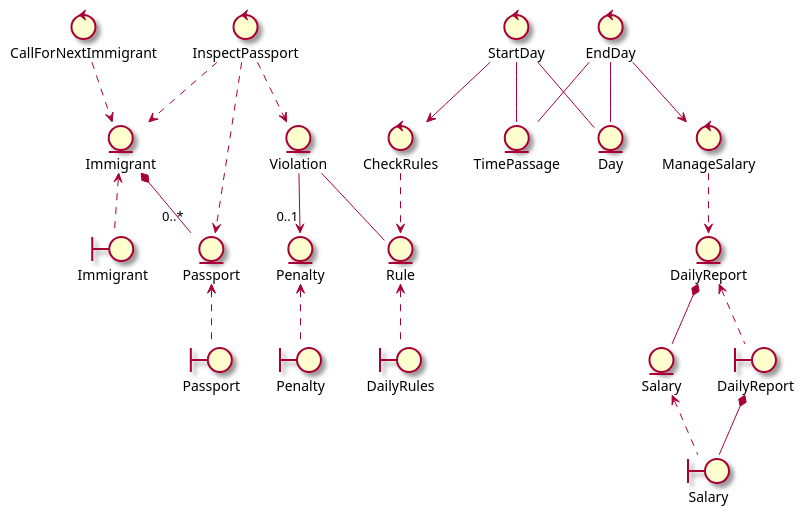
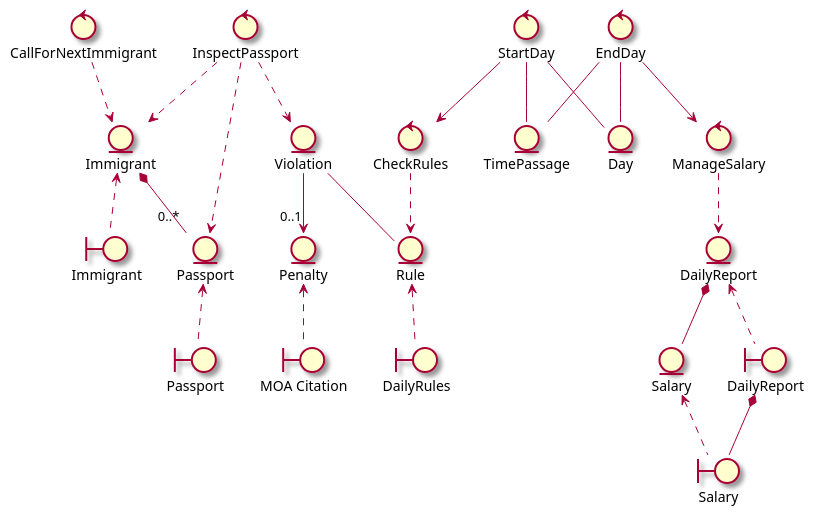
One commit to ivarovin/PapersPlease_LearningProject changed the diagram in Assets/PapersPlease/Documentation~/Analysis.puml. Above: the diagram before and after it, drawn with PlantUML. The commit also changed 9 other files, not shown here.

```diff
--- a/Assets/PapersPlease/Documentation~/Analysis.puml
+++ b/Assets/PapersPlease/Documentation~/Analysis.puml
@@ -1,65 +1,65 @@
 @startuml
 skin rose
 
 entity Passport
 entity Immigrant
 entity Day
 entity Penalty
 entity Salary
 entity DailyReport
 entity Violation
 entity Rule
 
 entity TimePassage
 
 control CallForNextImmigrant
 control InspectPassport
 control CheckRules
 control ManageSalary
 
 control StartDay
 control EndDay
 
 boundary "Passport" as PassportView
 boundary "Immigrant" as ImmigrantView
-boundary "Penalty" as PenaltyView
+boundary "MOA Citation" as PenaltyView
 boundary "Salary" as SalaryView
 boundary "DailyReport" as DailyReportView
 boundary DailyRules
 
 CallForNextImmigrant ..> Immigrant
 Immigrant *-- "0..*" Passport
 
 DailyReport *-- Salary
 
 InspectPassport ..> Passport
 InspectPassport ..> Immigrant
 
 StartDay -- Day
 EndDay -- Day
 StartDay -- TimePassage
 EndDay -- TimePassage
 
 ManageSalary ..> DailyReport
 InspectPassport ..> Violation
 
 Violation --> "0..1" Penalty
 
 CheckRules ..> Rule
 
 StartDay --> CheckRules
 
 Violation -- Rule
 
 EndDay --> ManageSalary
 
 PassportView .u.> Passport
 ImmigrantView .u.> Immigrant
 PenaltyView .u.> Penalty
 SalaryView .u.> Salary
 DailyReportView .u.> DailyReport
 DailyRules .u.> Rule
 
 DailyReportView *-- SalaryView
 
 @enduml
```
